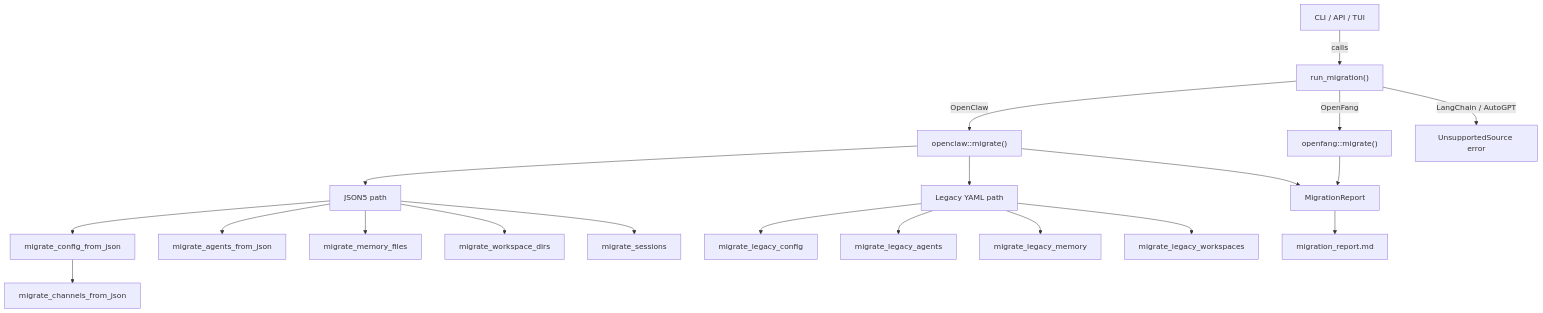
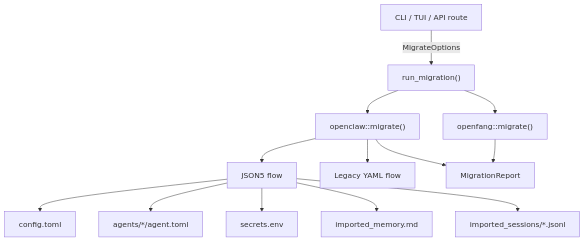
Before and after one commit to leszek3737/librefang-WIki: the diagram in infrastructure-utilities-librefang-migrate-src.md, drawn with Mermaid. The commit also changed other lines of this file and 94 other files, not shown here.

````diff
--- a/infrastructure-utilities-librefang-migrate-src.md
+++ b/infrastructure-utilities-librefang-migrate-src.md
@@ -13,22 +22,15 @@
 ```mermaid
 graph TD
-    CLI["CLI / API / TUI"] -->|calls| run_migration["run_migration()"]
-    run_migration -->|OpenClaw| OC["openclaw::migrate()"]
-    run_migration -->|OpenFang| OF["openfang::migrate()"]
-    run_migration -->|LangChain / AutoGPT| ERR["UnsupportedSource error"]
-    OC --> JSON5["JSON5 path"]
-    OC --> YAML["Legacy YAML path"]
-    JSON5 --> CFG["migrate_config_from_json"]
-    JSON5 --> AGENTS["migrate_agents_from_json"]
-    JSON5 --> MEM["migrate_memory_files"]
-    JSON5 --> WS["migrate_workspace_dirs"]
-    JSON5 --> SESS["migrate_sessions"]
-    CFG --> CH["migrate_channels_from_json"]
-    YAML --> LCFG["migrate_legacy_config"]
-    YAML --> LAGENTS["migrate_legacy_agents"]
-    YAML --> LMEM["migrate_legacy_memory"]
-    YAML --> LWS["migrate_legacy_workspaces"]
-    OC --> REPORT["MigrationReport"]
-    OF --> REPORT
-    REPORT --> MD["migration_report.md"]
+    CLI["CLI / TUI / API route"] -->|"MigrateOptions"| run_migration["run_migration()"]
+    run_migration --> OpenClaw["openclaw::migrate()"]
+    run_migration --> OpenFang["openfang::migrate()"]
+    OpenClaw --> JSON5["JSON5 flow"]
+    OpenClaw --> LegacyYAML["Legacy YAML flow"]
+    JSON5 --> Config["config.toml"]
+    JSON5 --> Agents["agents/*/agent.toml"]
+    JSON5 --> Secrets["secrets.env"]
+    JSON5 --> Memory["imported_memory.md"]
+    JSON5 --> Sessions["imported_sessions/*.jsonl"]
+    OpenClaw --> Report["MigrationReport"]
+    OpenFang --> Report
 ```
````
